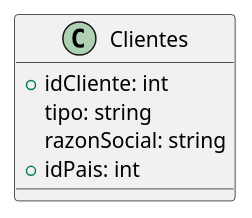
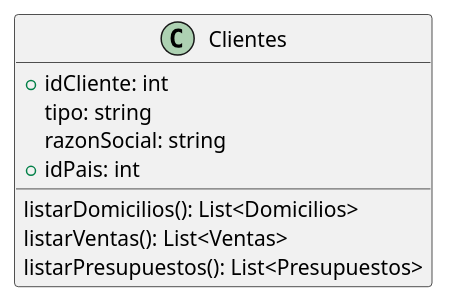
The diagram in DiagramaClases/Clases/Clientes.puml (ZMGestion/DocumentacionZMGestion), drawn with PlantUML before and after one commit. The commit also changed 49 other files, not shown here.

Commit message:
Nuevo metodos diagrama de clases

```diff
--- a/DiagramaClases/Clases/Clientes.puml
+++ b/DiagramaClases/Clases/Clientes.puml
@@ -1,8 +1,12 @@
 @startuml Clientes
 class Clientes{
     +idCliente: int
     tipo: string
     razonSocial: string 
     +idPais: int
+
+    listarDomicilios(): List<Domicilios>
+    listarVentas(): List<Ventas>
+    listarPresupuestos(): List<Presupuestos>
 }
 @enduml
```
